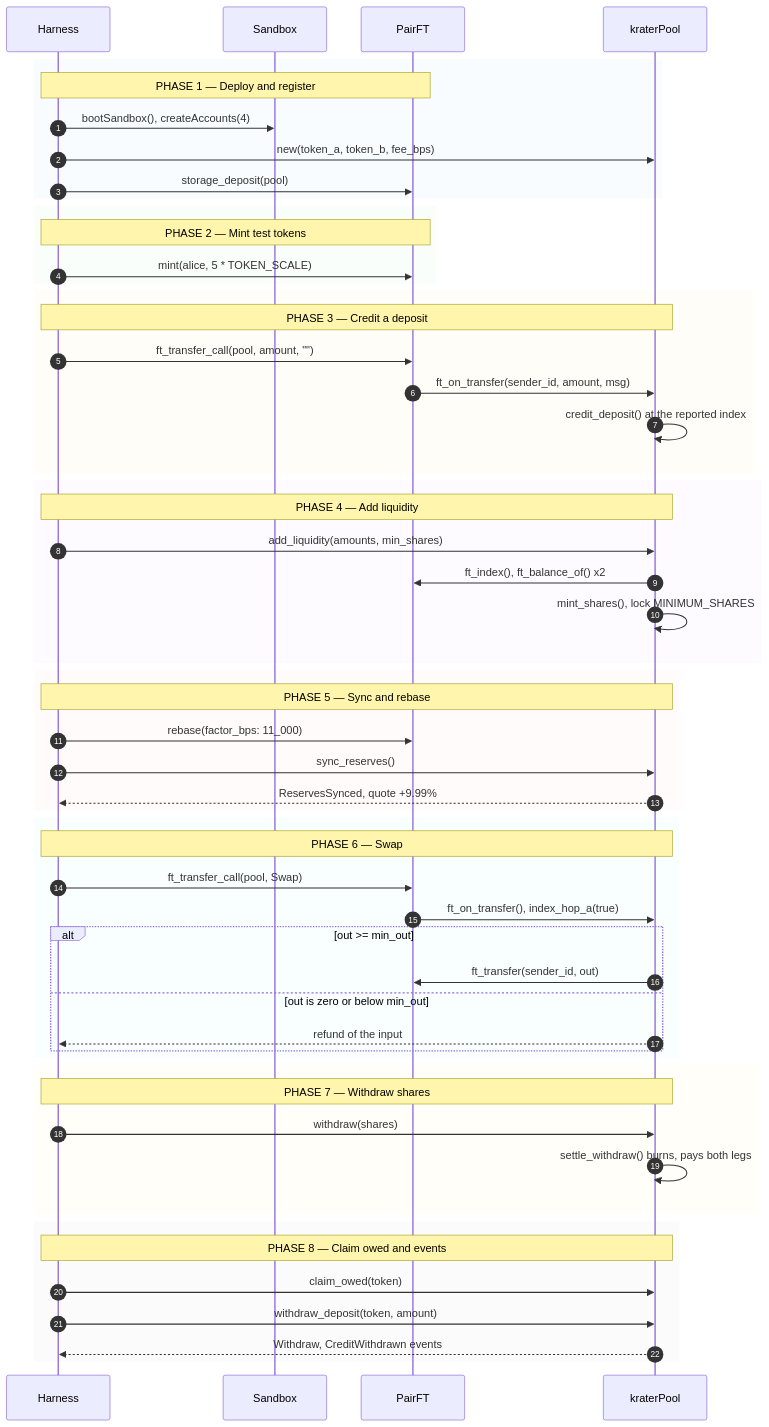
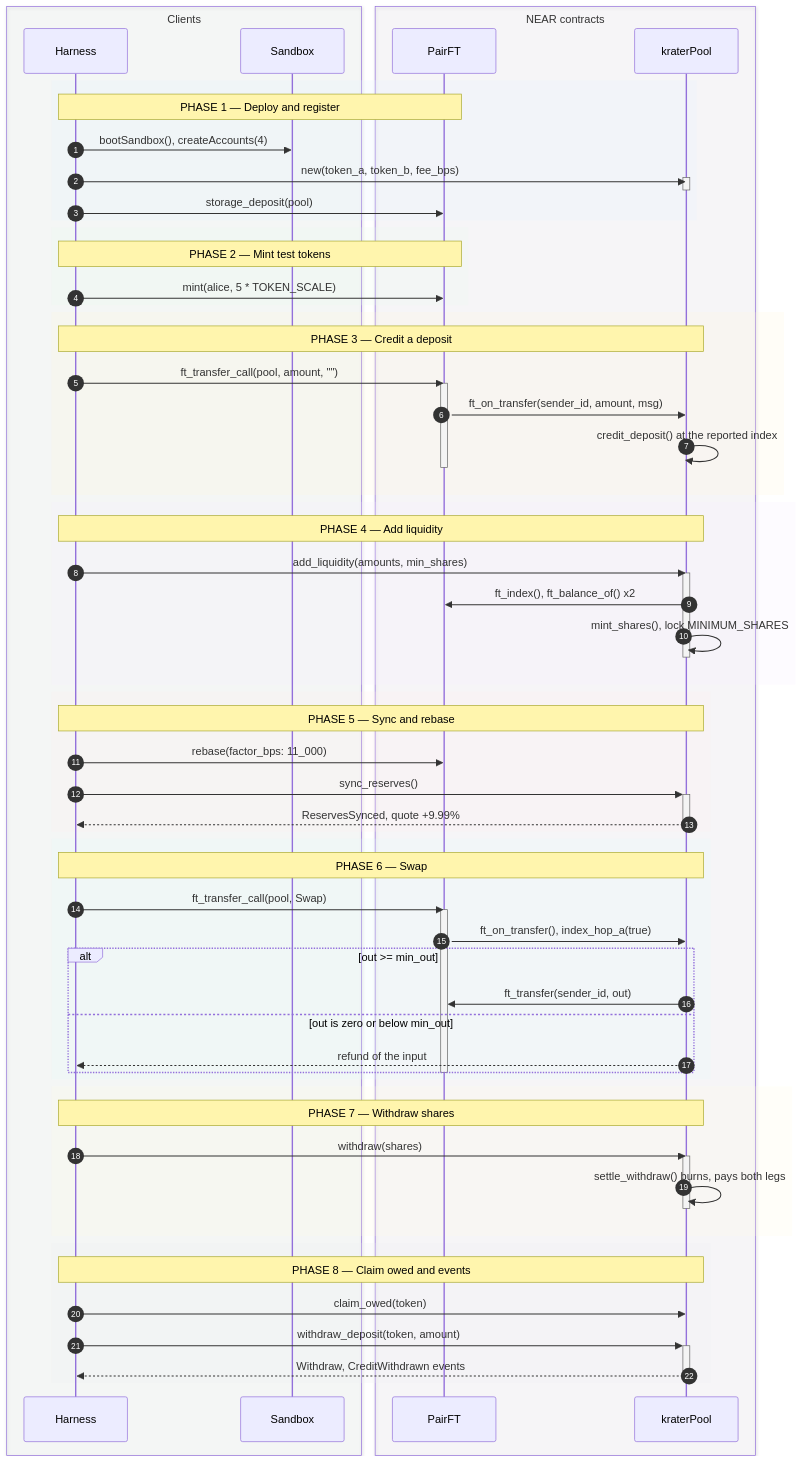
The diagram in README.md (amolikpe-bit/reserve-backed-liquidity-pool), drawn with Mermaid before and after one commit.

Commit message:
docs(krater): add system boundaries and activations to the diagram

````diff
--- a/README.md
+++ b/README.md
@@ -4,59 +4,73 @@
 ```mermaid
 sequenceDiagram
     accTitle: krater runtime flow
     accDescr: Harness drives the sandbox: deploy, mint, deposit, add liquidity, rebase, swap, withdraw, claim.
     autonumber
+    box rgba(230,247,235,0.12) Clients
     participant S as Harness
     participant C as Sandbox
+    end
+    box rgba(243,232,255,0.12) NEAR contracts
     participant FT as PairFT
     participant P as kraterPool
+    end
     rect rgba(226,238,255,0.20)
     Note over S,FT: PHASE 1 — Deploy and register
     S->>C: bootSandbox(), createAccounts(4)
     S->>P: new(token_a, token_b, fee_bps)
+    activate P
+    deactivate P
     S->>FT: storage_deposit(pool)
     end
     rect rgba(230,247,235,0.20)
     Note over S,FT: PHASE 2 — Mint test tokens
     S->>FT: mint(alice, 5 * TOKEN_SCALE)
     end
     rect rgba(255,244,214,0.20)
     Note over S,P: PHASE 3 — Credit a deposit
     S->>FT: ft_transfer_call(pool, amount, "")
+    activate FT
     FT->>P: ft_on_transfer(sender_id, amount, msg)
     P->>P: credit_deposit() at the reported index
+    deactivate FT
     end
     rect rgba(243,232,255,0.20)
     Note over S,P: PHASE 4 — Add liquidity
     S->>P: add_liquidity(amounts, min_shares)
+    activate P
     P->>FT: ft_index(), ft_balance_of() x2
     P->>P: mint_shares(), lock MINIMUM_SHARES
+    deactivate P
     end
     rect rgba(255,232,232,0.20)
     Note over S,P: PHASE 5 — Sync and rebase
     S->>FT: rebase(factor_bps: 11_000)
-    S->>P: sync_reserves()
-    P-->>S: ReservesSynced, quote +9.99%
+    S->>+P: sync_reserves()
+    P-->>-S: ReservesSynced, quote +9.99%
     end
     rect rgba(224,247,250,0.20)
     Note over S,P: PHASE 6 — Swap
     S->>FT: ft_transfer_call(pool, Swap)
+    activate FT
     FT->>P: ft_on_transfer(), index_hop_a(true)
     alt out >= min_out
     P->>FT: ft_transfer(sender_id, out)
     else out is zero or below min_out
     P-->>S: refund of the input
     end
+    deactivate FT
     end
     rect rgba(255,248,225,0.20)
     Note over S,P: PHASE 7 — Withdraw shares
     S->>P: withdraw(shares)
+    activate P
     P->>P: settle_withdraw() burns, pays both legs
+    deactivate P
     end
     rect rgba(233,236,239,0.20)
     Note over S,P: PHASE 8 — Claim owed and events
     S->>P: claim_owed(token)
-    S->>P: withdraw_deposit(token, amount)
-    P-->>S: Withdraw, CreditWithdrawn events
+    S->>+P: withdraw_deposit(token, amount)
+    P-->>-S: Withdraw, CreditWithdrawn events
     end
 ```
````
